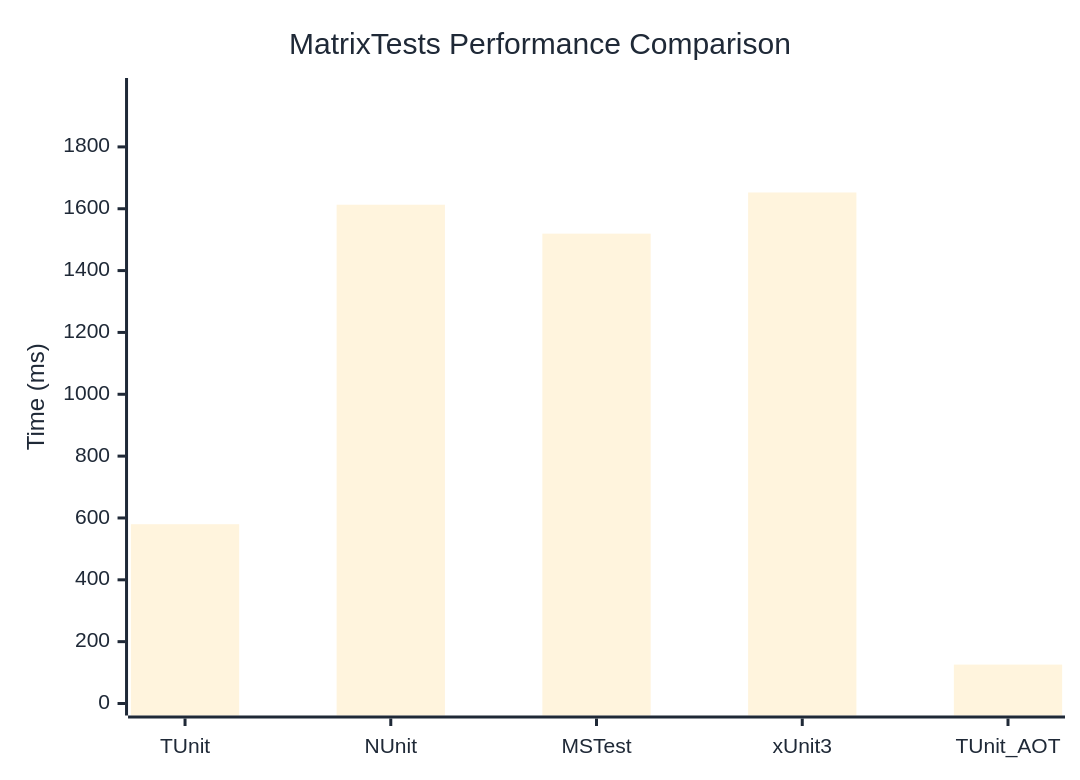
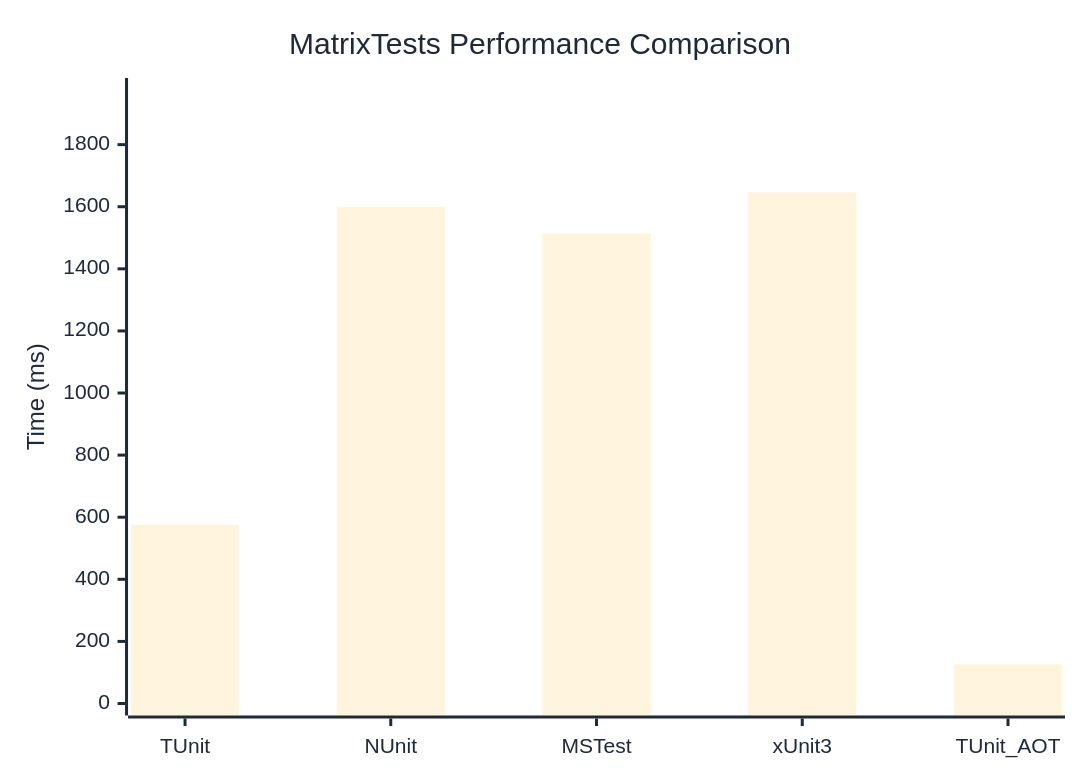
Before and after one commit to thomhurst/TUnit: the diagram in docs/docs/benchmarks/MatrixTests.md, drawn with Mermaid. The commit also changed other lines of this file and 17 other files, not shown here.

````diff
--- a/docs/docs/benchmarks/MatrixTests.md
+++ b/docs/docs/benchmarks/MatrixTests.md
@@ -27,37 +27,37 @@
 ```mermaid
 %%{init: {
   'theme':'base',
   'themeVariables': {
     'primaryColor': '#2563eb',
     'primaryTextColor': '#1f2937',
     'primaryBorderColor': '#1e40af',
     'lineColor': '#6b7280',
     'secondaryColor': '#7c3aed',
     'tertiaryColor': '#dc2626',
     'background': '#ffffff',
     'mainBkg': '#2563eb',
     'secondBkg': '#7c3aed',
     'tertiaryBkg': '#dc2626',
     'clusterBkg': '#f3f4f6',
     'edgeLabelBackground': '#ffffff',
     'tertiaryTextColor': '#1f2937',
     'pie1': '#2563eb',
     'pie2': '#7c3aed',
     'pie3': '#dc2626',
     'pie4': '#f59e0b',
     'pie5': '#10b981',
     'pie6': '#06b6d4',
     'pie7': '#ec4899',
     'pie8': '#6366f1',
     'pie9': '#84cc16',
     'pie10': '#f97316',
     'pie11': '#14b8a6',
     'pie12': '#a855f7'
   }
 }}%%
 xychart-beta
   title "MatrixTests Performance Comparison"
   x-axis ["TUnit", "NUnit", "MSTest", "xUnit3", "TUnit_AOT"]
-  y-axis "Time (ms)" 0 --> 1984
-  bar [579.8, 1613, 1519.5, 1652.6, 125.8]
+  y-axis "Time (ms)" 0 --> 1976
+  bar [576.1, 1599.7, 1514, 1646.2, 125.6]
 ```
````
